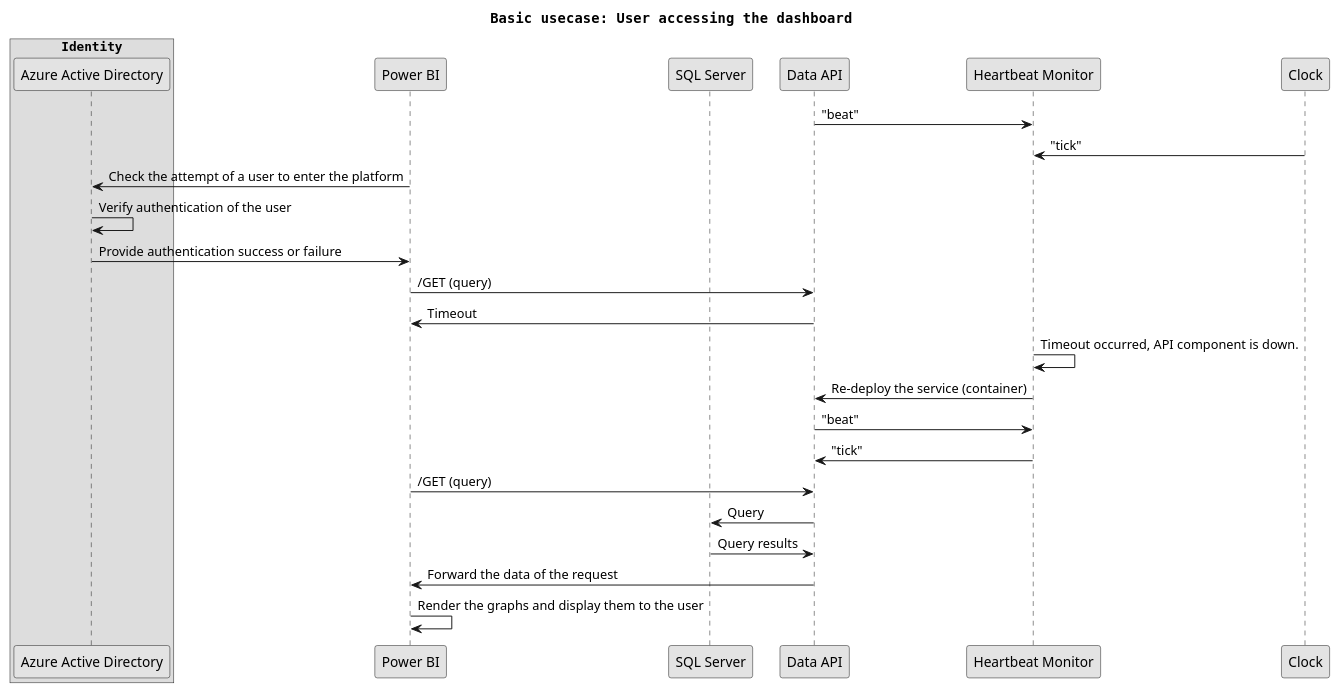
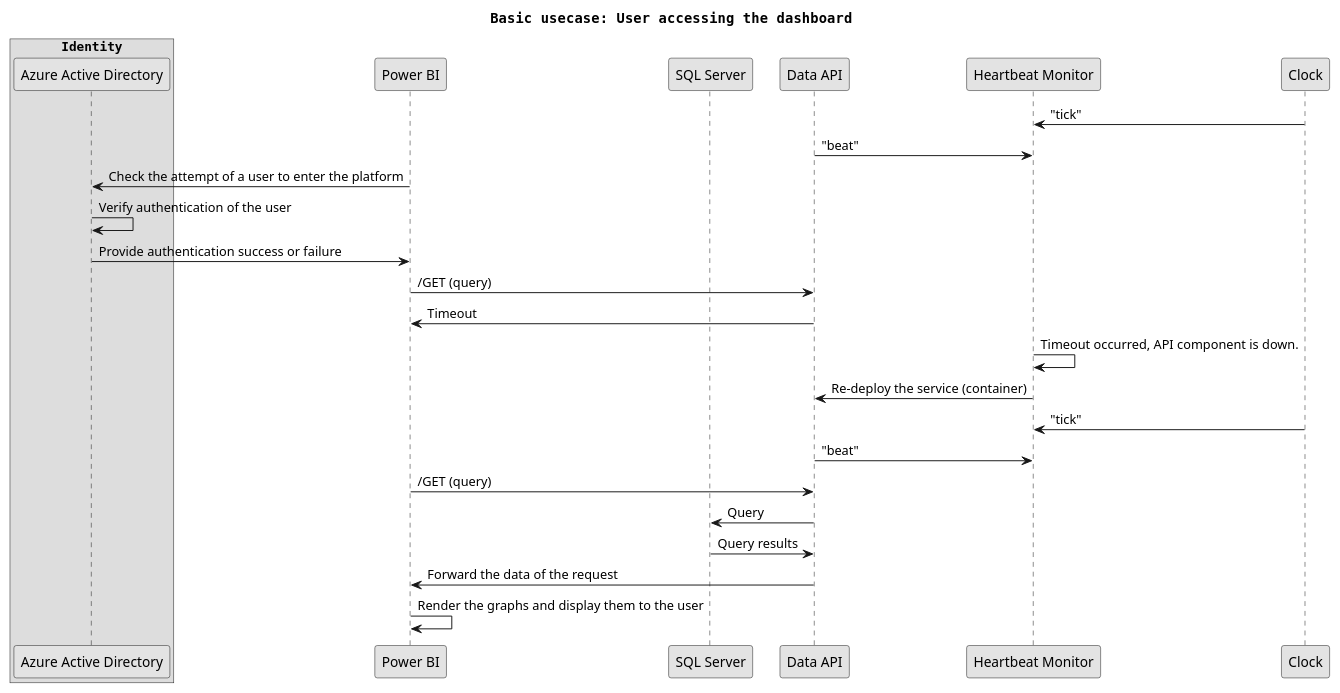
Before and after one commit to USI-MSDE-SA-2022/software-architecture-model-Travad: the diagram in src/sa/model/examples/13_process_view_stateless.puml, drawn with PlantUML. The commit also changed 4 other files, not shown here.

```diff
--- a/src/sa/model/examples/13_process_view_stateless.puml
+++ b/src/sa/model/examples/13_process_view_stateless.puml
@@ -1,46 +1,46 @@
 @startuml
 title Basic usecase: User accessing the dashboard​
 
 box "Identity"
 participant "Azure Active Directory" as AAD
 end box
 
 participant "Power BI" as PBI
 participant "SQL Server​" as SQLS
 participant "Data API​" as DAPI
 
 participant "Heartbeat​​ Monitor" as HTB
 participant "Clock" as CLC
 
 ' Monitoring resources
+CLC -> HTB: "tick"
 DAPI -> HTB: "beat"
-CLC -> HTB: "tick"
 
 ' Authentication in the meanwhile
 PBI -> AAD: Check the attempt of a user to enter the platform
 AAD -> AAD: Verify authentication of the user
 AAD -> PBI: Provide authentication success or failure
 
 ' The data API service is timed-out
 PBI -> DAPI: /GET (query)
 DAPI -> PBI: Timeout
 
 ' Finally, the service has came back up and we can forward the request
 HTB -> HTB: Timeout occurred, API component is down.
 HTB -> DAPI: Re-deploy the service (container)
 
 ' The service is up and running when it sends the beat to the monitoring service
+CLC -> HTB: "tick"
 DAPI -> HTB: "beat"
-HTB -> DAPI: "tick"
 
 ' Re-attempt to retrieve the data
 PBI -> DAPI: /GET (query)
 DAPI -> SQLS: Query
 SQLS -> DAPI: Query results
 DAPI -> PBI: Forward the data of the request
 PBI -> PBI: Render the graphs and display them to the user
 
 skinparam monochrome true
 skinparam shadowing false
 skinparam defaultFontName Courier
 @enduml
```
